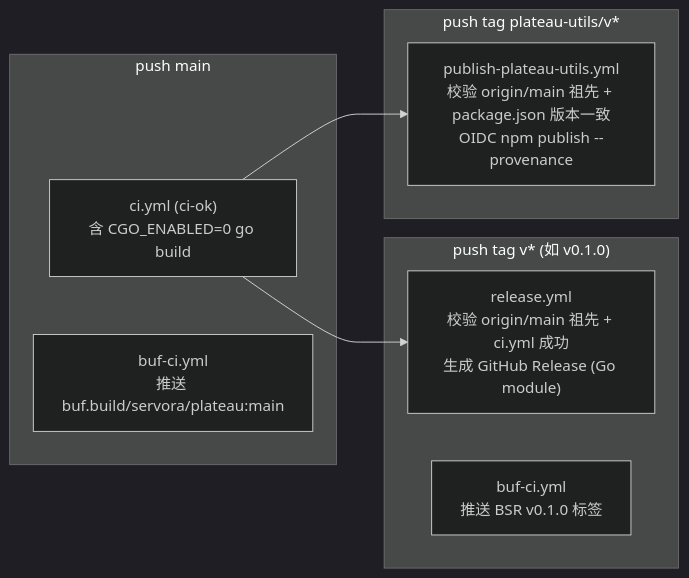
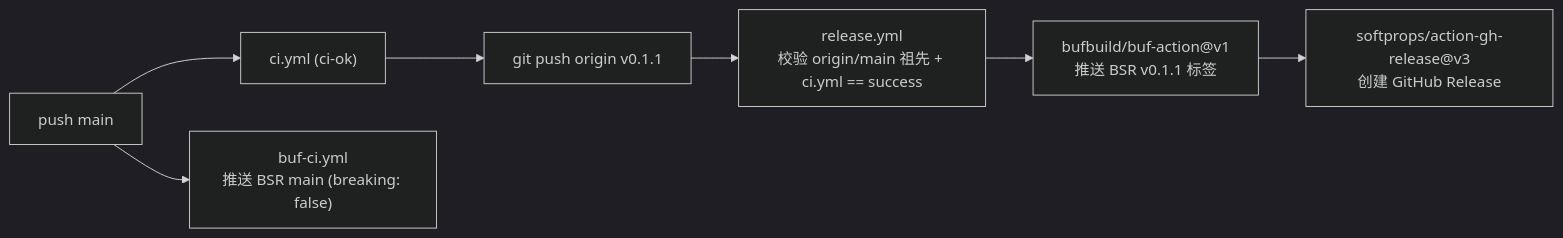
One commit to Servora-Kit/plateau changed the diagram in .trellis/tasks/11-26-plateau-release-pipeline/design.md. Above: the diagram before and after it, drawn with Mermaid (dark theme). The commit also changed other lines of this file and 19 other files, not shown here.

````diff
--- a/.trellis/tasks/11-26-plateau-release-pipeline/design.md
+++ b/.trellis/tasks/11-26-plateau-release-pipeline/design.md
@@ -43,19 +105,10 @@
 ```mermaid
 flowchart LR
-  subgraph MainPush["push main"]
-    ci["ci.yml (ci-ok)<br/>含 CGO_ENABLED=0 go build"]
-    bufMain["buf-ci.yml<br/>推送 buf.build/servora/plateau:main"]
-  end
+  mainPush["push main"] --> ci["ci.yml (ci-ok)"]
+  mainPush --> bufMain["buf-ci.yml<br/>推送 BSR main (breaking: false)"]
 
-  subgraph TagV["push tag v* (如 v0.1.0)"]
-    rel["release.yml<br/>校验 origin/main 祖先 + ci.yml 成功<br/>生成 GitHub Release (Go module)"]
-    bufTag["buf-ci.yml<br/>推送 BSR v0.1.0 标签"]
-  end
-
-  subgraph TagNpm["push tag plateau-utils/v*"]
-    npmPub["publish-plateau-utils.yml<br/>校验 origin/main 祖先 + package.json 版本一致<br/>OIDC npm publish --provenance"]
-  end
-
-  ci --> rel
-  ci --> npmPub
+  ci --> tagGo["git push origin v0.1.1"]
+  tagGo --> relGate["release.yml<br/>校验 origin/main 祖先 + ci.yml == success"]
+  relGate --> bsrTag["bufbuild/buf-action@v1<br/>推送 BSR v0.1.1 标签"]
+  bsrTag --> ghRel["softprops/action-gh-release@v3<br/>创建 GitHub Release"]
 ```
````
